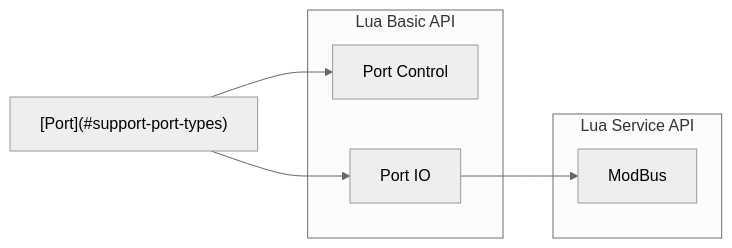
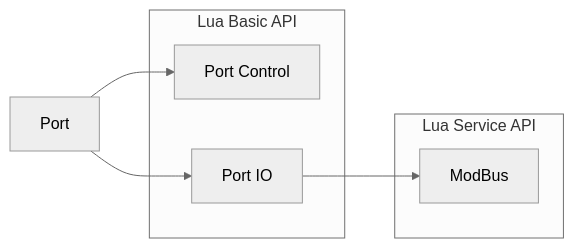
One commit to zyt20001205/UniComm2 changed the first of 2 diagrams in readme.md. Above: the diagram before and after it, drawn with Mermaid (neutral theme). The commit also changed other lines of this file, not shown here.

Commit message:
readme modified

````diff
--- a/readme.md
+++ b/readme.md
@@ -40,28 +40,30 @@
 ```mermaid
 flowchart LR
-    port["`[Port](#support-port-types)`"]
+    port[Port<a href='#Support Port Types'>]
 
     subgraph Lua Basic API
         portControl[Port Control]
         portIO[Port IO]
         
 %%        subgraph Control
 %%            portOpen[port.open]
 %%            portClose[port.close]
 %%            portInfo[port.info]
 %%        end
 %%        subgraph IO
 %%            portReadData[port.readData]
 %%            portWriteData[port.writeData]
 %%            portReadText[port.readText]
 %%            portWriteText[port.writeText]
 %%        end
     end
 
     subgraph Lua Service API
         modbus[ModBus]
     end
     
     port --> portControl & portIO 
     portIO --> modbus
+
+    click port "#support-port-types" "View Support Port Types"
 ```
````
